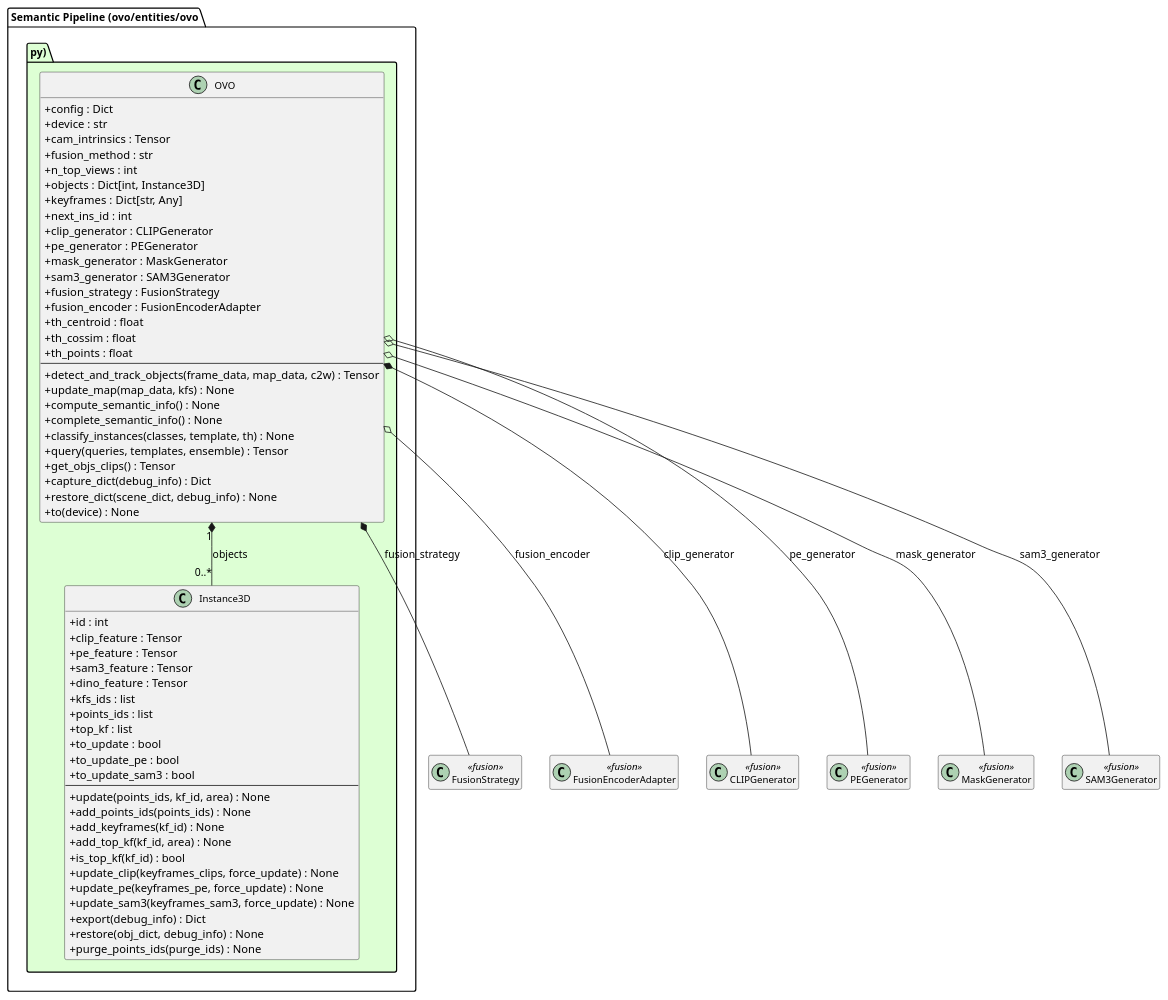
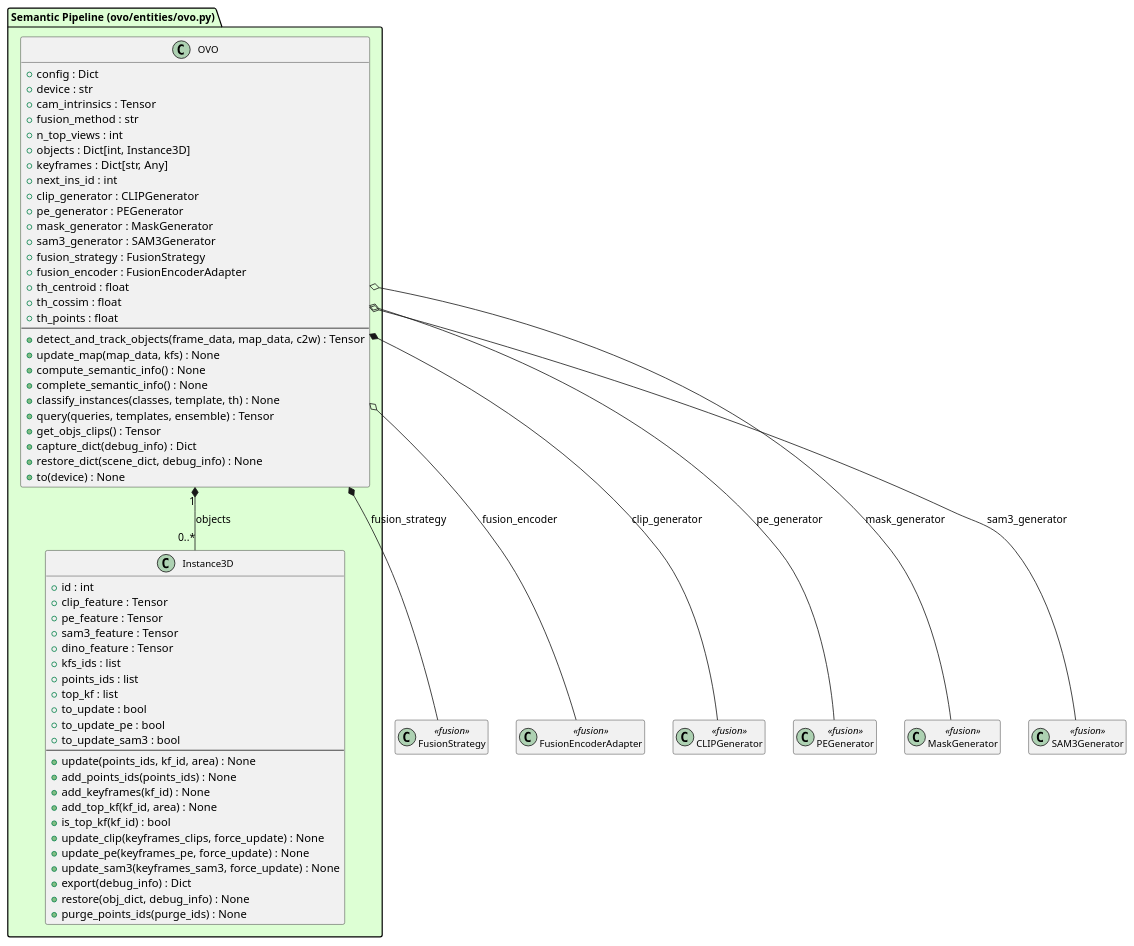
The diagram in docs/uml/02_class-semantic-core.puml (dpadillaor/OVO), drawn with PlantUML before and after one commit. The commit also changed 8 other files, not shown here.

```diff
--- a/docs/uml/02_class-semantic-core.puml
+++ b/docs/uml/02_class-semantic-core.puml
@@ -1,96 +1,96 @@
 @startuml class-semantic-core
 ' Semantic pipeline: instance lifecycle — segment → track → fuse → classify
 ' Feature generators and fusion internals: see class-fusion
 
-skinparam classAttributeIconSize 0
+skinparam classAttributeIconSize 10
 skinparam classFontSize 12
 skinparam packageFontSize 13
 skinparam groupInheritance 2
 hide empty members
 
 ' ─────────────────────────────────────────────
 '  SEMANTIC PIPELINE
 ' ─────────────────────────────────────────────
-package "Semantic Pipeline  (ovo/entities/ovo.py)" #DDFFD4 {
+package "Semantic Pipeline (ovo/entities/ovo.py)" as SemanticPkg #DDFFD4 {
 
   class OVO {
     + config : Dict
     + device : str
     + cam_intrinsics : Tensor
     + fusion_method : str
     + n_top_views : int
     + objects : Dict[int, Instance3D]
     + keyframes : Dict[str, Any]
     + next_ins_id : int
     + clip_generator : CLIPGenerator
     + pe_generator : PEGenerator
     + mask_generator : MaskGenerator
     + sam3_generator : SAM3Generator
     + fusion_strategy : FusionStrategy
     + fusion_encoder : FusionEncoderAdapter
     + th_centroid : float
     + th_cossim : float
     + th_points : float
     --
     + detect_and_track_objects(frame_data, map_data, c2w) : Tensor
     + update_map(map_data, kfs) : None
     + compute_semantic_info() : None
     + complete_semantic_info() : None
     + classify_instances(classes, template, th) : None
     + query(queries, templates, ensemble) : Tensor
     + get_objs_clips() : Tensor
     + capture_dict(debug_info) : Dict
     + restore_dict(scene_dict, debug_info) : None
     + to(device) : None
   }
 
   class Instance3D {
     + id : int
     + clip_feature : Tensor
     + pe_feature : Tensor
     + sam3_feature : Tensor
     + dino_feature : Tensor
     + kfs_ids : list
     + points_ids : list
     + top_kf : list
     + to_update : bool
     + to_update_pe : bool
     + to_update_sam3 : bool
     --
     + update(points_ids, kf_id, area) : None
     + add_points_ids(points_ids) : None
     + add_keyframes(kf_id) : None
     + add_top_kf(kf_id, area) : None
     + is_top_kf(kf_id) : bool
     + update_clip(keyframes_clips, force_update) : None
     + update_pe(keyframes_pe, force_update) : None
     + update_sam3(keyframes_sam3, force_update) : None
     + export(debug_info) : Dict
     + restore(obj_dict, debug_info) : None
     + purge_points_ids(purge_ids) : None
   }
 }
 
 ' ─────────────────────────────────────────────
 '  STUBS — see class-fusion for detail
 ' ─────────────────────────────────────────────
 class FusionStrategy <<fusion>>
 class FusionEncoderAdapter <<fusion>>
 class CLIPGenerator <<fusion>>
 class PEGenerator <<fusion>>
 class MaskGenerator <<fusion>>
 class SAM3Generator <<fusion>>
 
 ' ─────────────────────────────────────────────
 '  RELATIONSHIPS
 ' ─────────────────────────────────────────────
 OVO "1" *-- "0..*" Instance3D    : objects
 
 OVO *-- FusionStrategy           : fusion_strategy
 OVO o-- FusionEncoderAdapter     : fusion_encoder
 OVO *-- CLIPGenerator            : clip_generator
 OVO o-- PEGenerator              : pe_generator
 OVO o-- MaskGenerator            : mask_generator
 OVO o-- SAM3Generator            : sam3_generator
 
 @enduml
```
